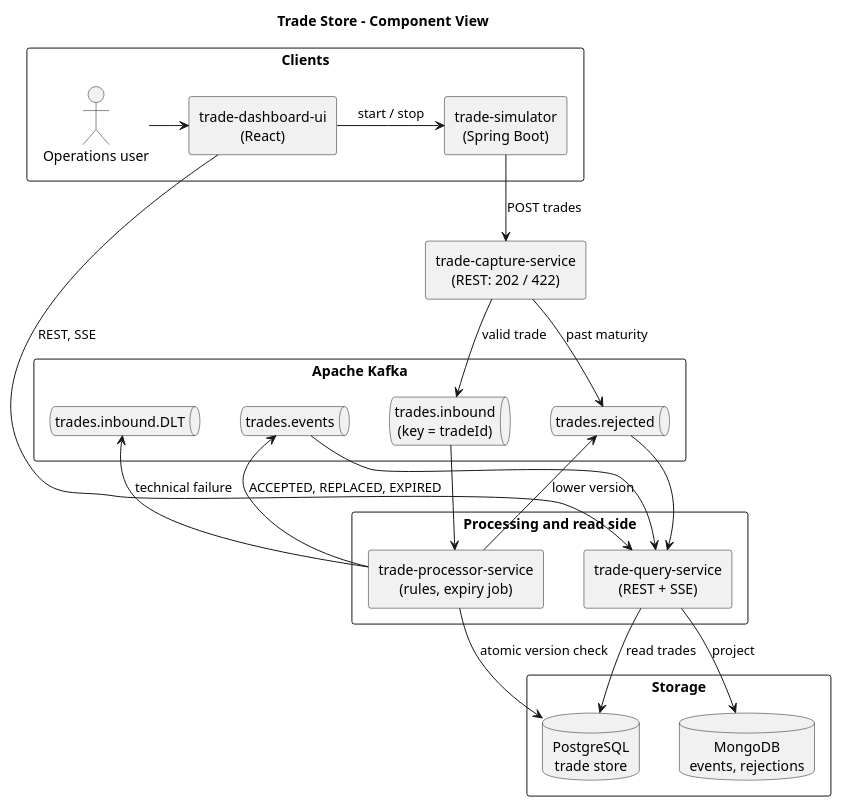
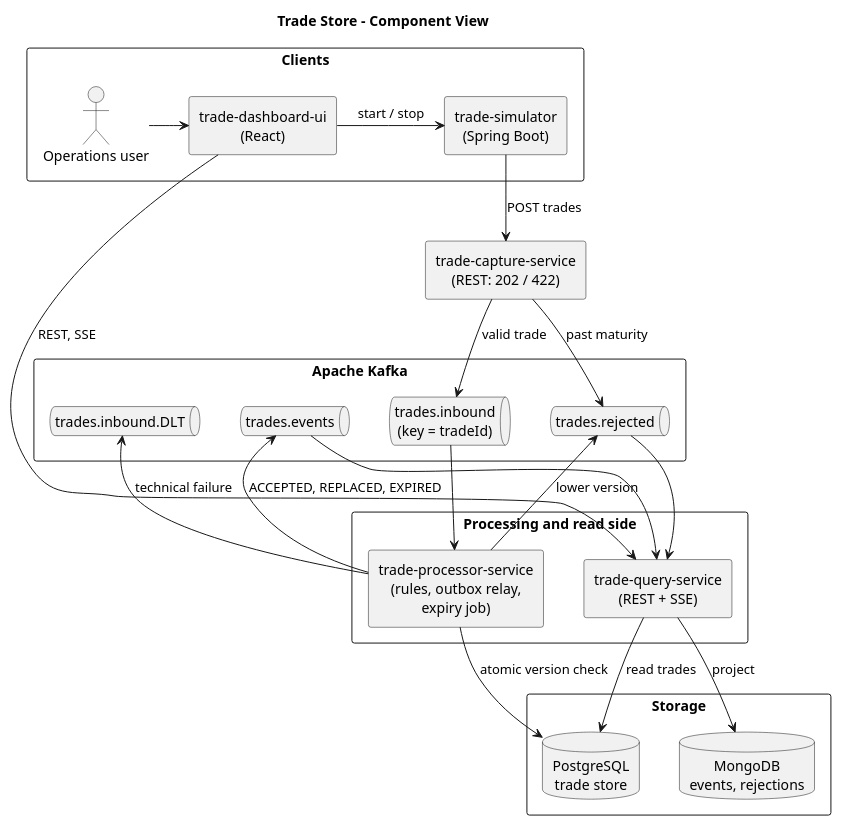
Before and after one commit to vijaydixitffis/dws-trade-app: the diagram in docs/diagrams/component.puml, drawn with PlantUML. The commit also changed 19 other files, not shown here.

Commit message:
docs: HLD 1.1 (outbox flows, no-gateway issue, NFRs, recommended design without gateway), README, review status

```diff
--- a/docs/diagrams/component.puml
+++ b/docs/diagrams/component.puml
@@ -1,54 +1,54 @@
 @startuml component
 title Trade Store - Component View
 skinparam componentStyle rectangle
 skinparam defaultTextAlignment center
 skinparam nodesep 40
 skinparam ranksep 50
 top to bottom direction
 
 rectangle "Clients" as clients {
   actor "Operations user" as user
   component "trade-dashboard-ui\n(React)" as ui
   component "trade-simulator\n(Spring Boot)" as sim
 }
 
 component "trade-capture-service\n(REST: 202 / 422)" as capture
 
 rectangle "Apache Kafka" as kafka {
   queue "trades.inbound\n(key = tradeId)" as inbound
   queue "trades.events" as events
   queue "trades.rejected" as rejected
   queue "trades.inbound.DLT" as dlt
   inbound -[hidden]right-> rejected
   rejected -[hidden]right-> events
   events -[hidden]right-> dlt
 }
 
 rectangle "Processing and read side" as services {
-  component "trade-processor-service\n(rules, expiry job)" as processor
+  component "trade-processor-service\n(rules, outbox relay,\nexpiry job)" as processor
   component "trade-query-service\n(REST + SSE)" as query
   processor -[hidden]right-> query
 }
 
 rectangle "Storage" as storage {
   database "PostgreSQL\ntrade store" as pg
   database "MongoDB\nevents, rejections" as mongo
   pg -[hidden]right-> mongo
 }
 
 user -right-> ui
 ui -right-> sim : start / stop
 ui -[norank]-> query : REST, SSE
 sim -down-> capture : POST trades
 capture --> inbound : valid trade
 capture --> rejected : past maturity
 inbound --> processor
 processor --> events : ACCEPTED, REPLACED, EXPIRED
 processor --> rejected : lower version
 processor --> dlt : technical failure
 processor -down-> pg : atomic version check
 events --> query
 rejected --> query
 query -down-> mongo : project
 query -down-> pg : read trades
 @enduml
```
